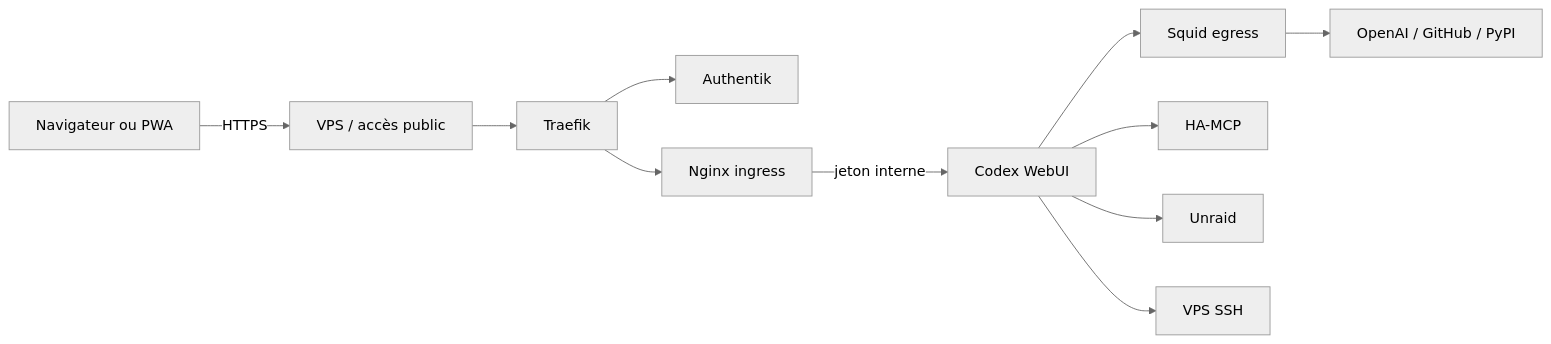
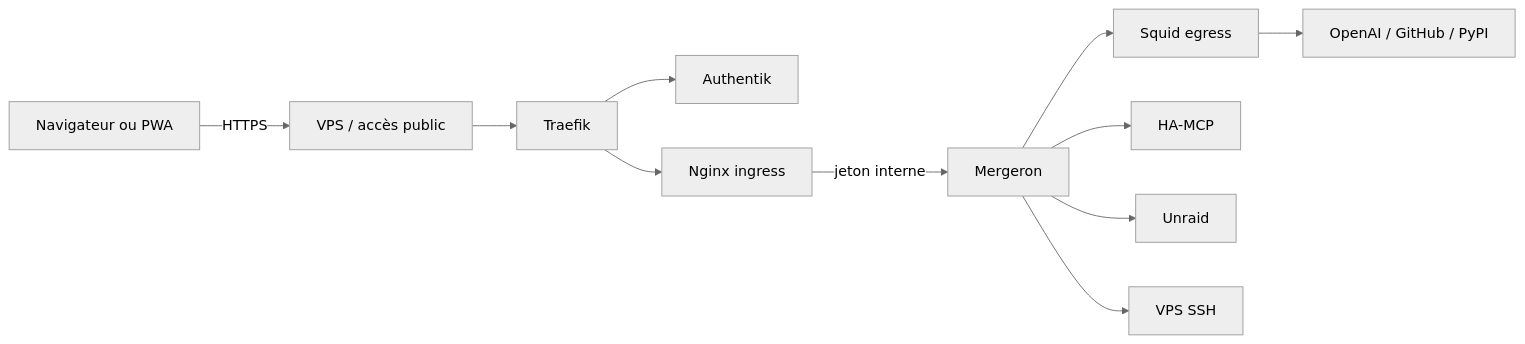
The diagram in docs/architecture-unraid.md (maxhugit/codex-webui-unraid), drawn with Mermaid (neutral theme) before and after one commit. The commit also changed 32 other files, not shown here.

Commit message:
feat(branding): introduce Mergeron graphite-copper identity

````diff
--- a/docs/architecture-unraid.md
+++ b/docs/architecture-unraid.md
@@ -5,25 +5,25 @@
 ```mermaid
 flowchart LR
     B[Navigateur ou PWA]
     V[VPS / accès public]
     T[Traefik]
     A[Authentik]
     N[Nginx ingress]
-    C[Codex WebUI]
+    C[Mergeron]
     S[Squid egress]
     O[OpenAI / GitHub / PyPI]
     H[HA-MCP]
     U[Unraid]
     R[VPS SSH]
 
     B -->|HTTPS| V
     V --> T
     T --> A
     T --> N
     N -->|jeton interne| C
     C --> S
     S --> O
     C --> H
     C --> U
     C --> R
 ```
````
